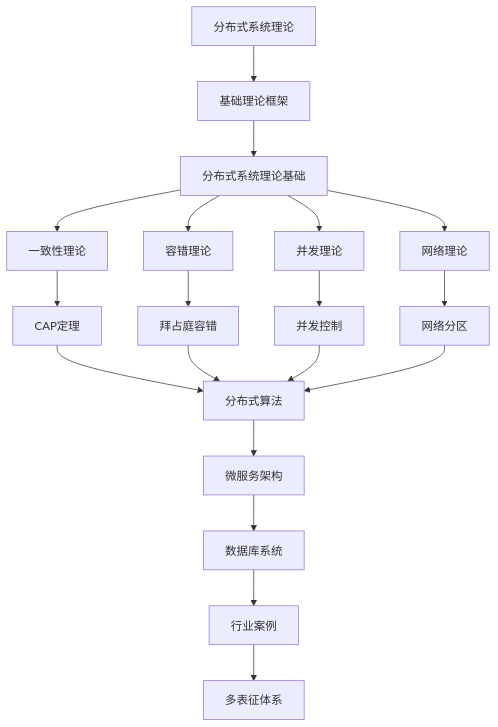
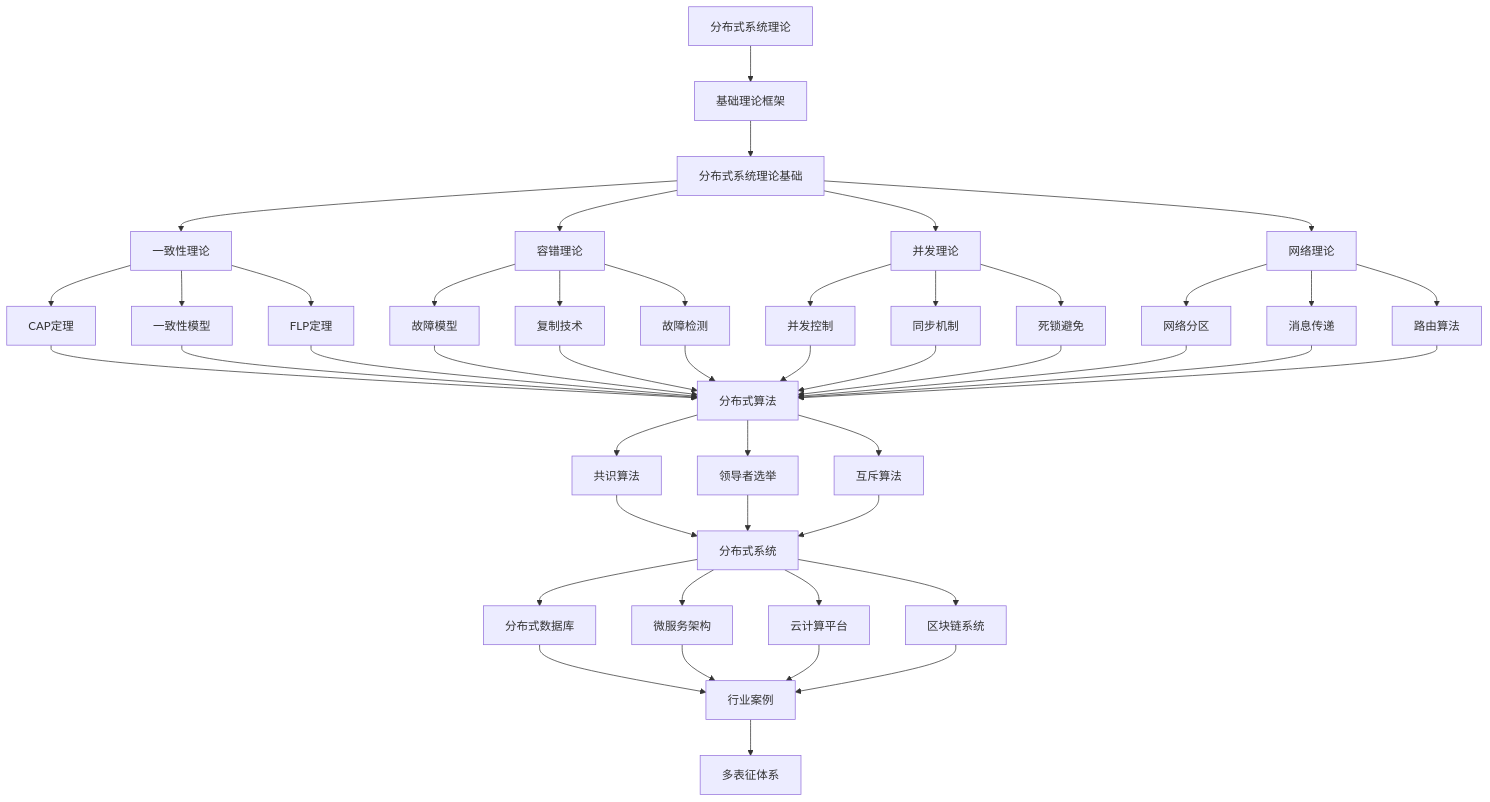
Before and after one commit to AdaMartin18010/Data-Science: the diagram in Analysis/2-形式科学理论/2.5-分布式系统理论/README.md, drawn with Mermaid. The commit also changed other lines of this file and 40 other files, not shown here.

````diff
--- a/Analysis/2-形式科学理论/2.5-分布式系统理论/README.md
+++ b/Analysis/2-形式科学理论/2.5-分布式系统理论/README.md
@@ -21,18 +325,39 @@
 ```mermaid
 flowchart TD
   A[分布式系统理论] --> B[基础理论框架]
   B --> C[分布式系统理论基础]
   C --> D[一致性理论]
   C --> E[容错理论]
   C --> F[并发理论]
   C --> G[网络理论]
+
   D --> H[CAP定理]
-  E --> I[拜占庭容错]
-  F --> J[并发控制]
-  G --> K[网络分区]
-  H & I & J & K --> L[分布式算法]
-  L --> M[微服务架构]
-  M --> N[数据库系统]
-  N --> O[行业案例]
-  O --> P[多表征体系]
+  D --> I[一致性模型]
+  D --> J[FLP定理]
+
+  E --> K[故障模型]
+  E --> L[复制技术]
+  E --> M[故障检测]
+
+  F --> N[并发控制]
+  F --> O[同步机制]
+  F --> P[死锁避免]
+
+  G --> Q[网络分区]
+  G --> R[消息传递]
+  G --> S[路由算法]
+
+  H & I & J & K & L & M & N & O & P & Q & R & S --> T[分布式算法]
+  T --> U[共识算法]
+  T --> V[领导者选举]
+  T --> W[互斥算法]
+
+  U & V & W --> X[分布式系统]
+  X --> Y[分布式数据库]
+  X --> Z[微服务架构]
+  X --> AA[云计算平台]
+  X --> AB[区块链系统]
+
+  Y & Z & AA & AB --> AC[行业案例]
+  AC --> AD[多表征体系]
 ```
````
